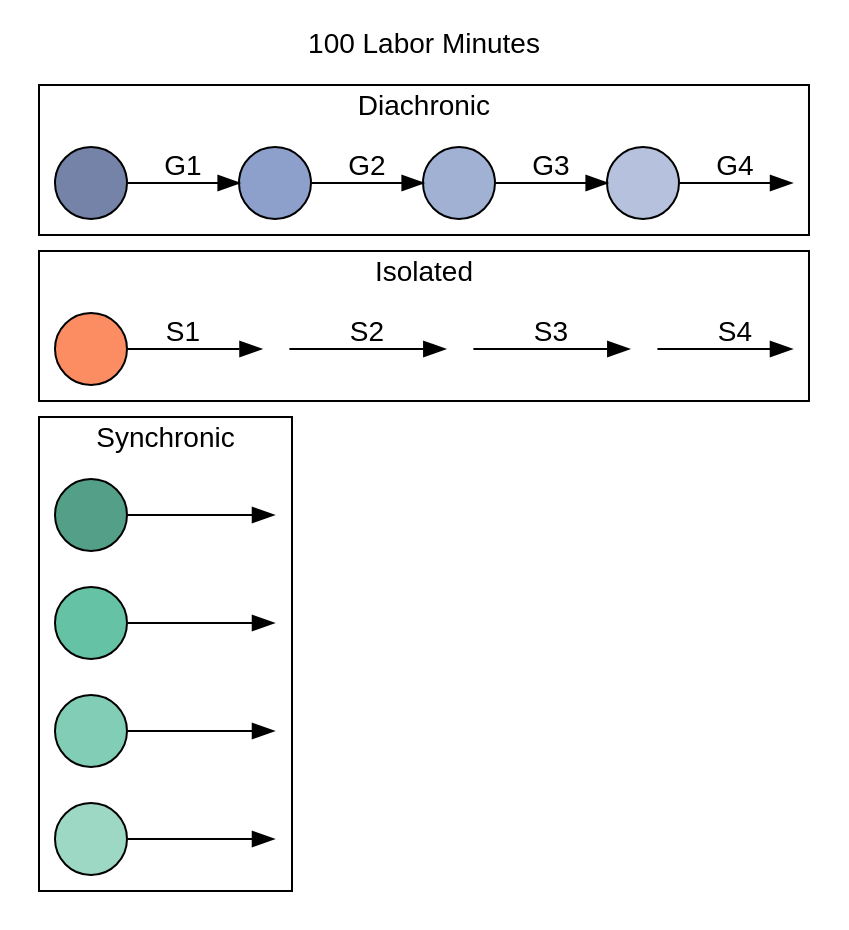
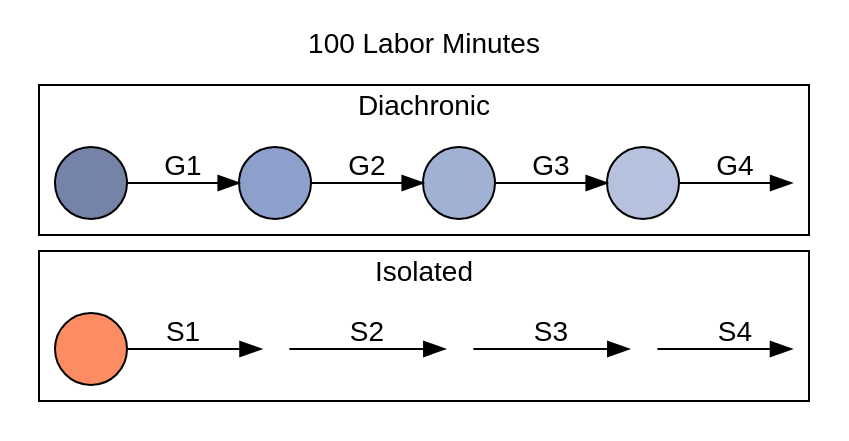
Before and after one commit to pedmiston/totems-data: the diagram in inst/extdata/team-structures-exp2.gv, drawn with Graphviz. The commit also changed 3 other files, not shown here.

Commit message:
Update exp diagrams

```diff
--- a/inst/extdata/team-structures-exp2.gv
+++ b/inst/extdata/team-structures-exp2.gv
@@ -1,56 +1,43 @@
 digraph {
   rankdir=LR;
   label="100 Labor Minutes";
   labelloc=t;
   fontname=helvetica;
   // bgcolor=transparent;
 
   node[fontname=helvetica; label=""; style=filled; shape=circle];
   edge[fontname=helvetica];
 
   // Set cluster order (top to bottom) by initializing
   // nodes in each cluster starting from bottom to top
-  s4_1, solo_s1, d1;
+  solo_s1, d1;
 
   // Colors are people
-  s4_1[fillcolor="#549F88"];
-  s4_2[fillcolor="#66C2A5"];
-  s4_3[fillcolor="#81CDB5"];
-  s4_4[fillcolor="#9DD8C5"];
   d1[fillcolor="#7483A7"];
   d2[fillcolor="#8DA0CB"];
   d3[fillcolor="#A1B1D4"];
   d4[fillcolor="#B6C2DD"];
   solo_s1[fillcolor="#FC8D62"];
 
   // Invisible last nodes
-  dinv1, soloinv2, s4inv1, s4inv2, s4inv3, s4inv4[style=invis, width=0];
+  dinv1, soloinv2[style=invis, width=0];
 
   subgraph cluster1 {
     label="Diachronic";
     d1 -> d2[label="G1"];
     d2 -> d3[label="G2"];
     d3 -> d4[label="G3"];
     d4 -> dinv1[label="G4"];
   }
 
   subgraph cluster2 {
     label="Isolated";
     solo_s1 -> solo_s2[label="S1"];
     solo_s2 -> solo_s3[label="S2"];
     solo_s3 -> solo_s4[label="S3"];
     solo_s4 -> soloinv2[label="S4"];
 
     solo_s2, solo_s3, solo_s4[style=invis, width=0.2];
   }
 
-  subgraph cluster3 {
-    label="Synchronic";
-    rankdir=TB;
-    s4_1 -> s4inv1;
-    s4_2 -> s4inv2;
-    s4_3 -> s4inv3;
-    s4_4 -> s4inv4;
-  }
-
 }
```
